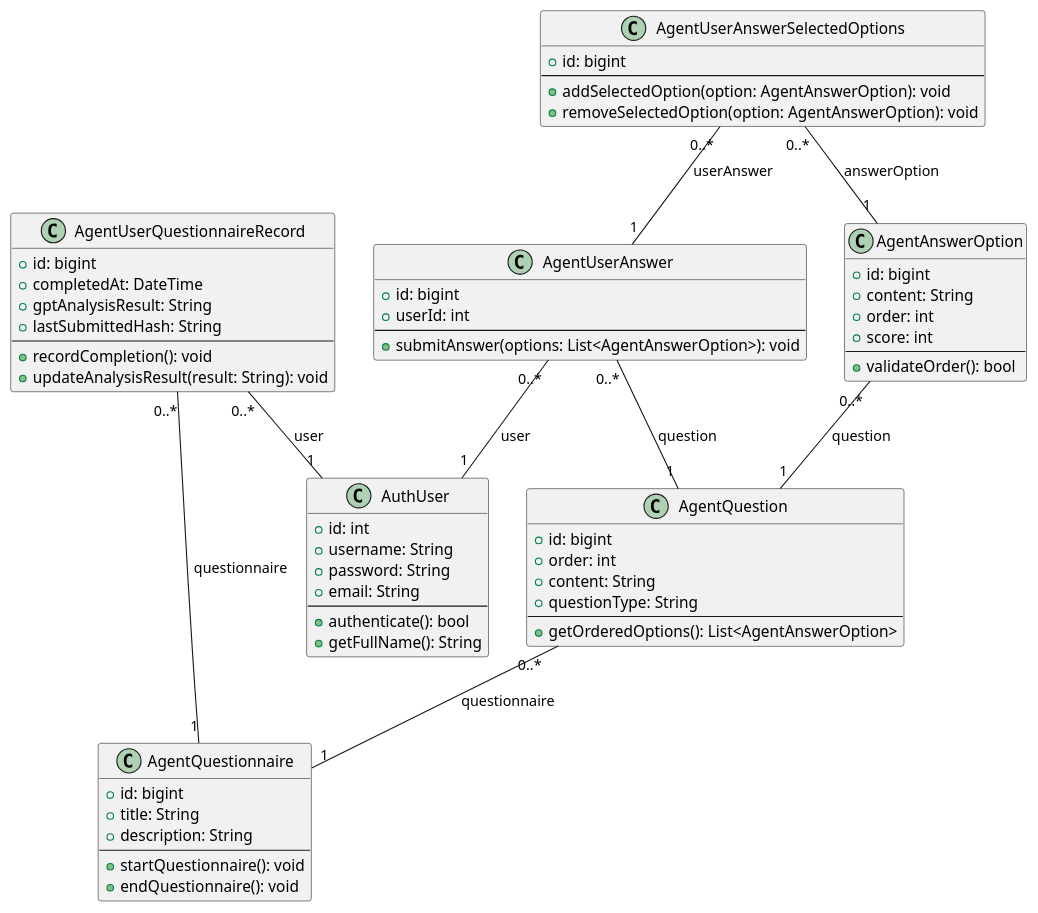
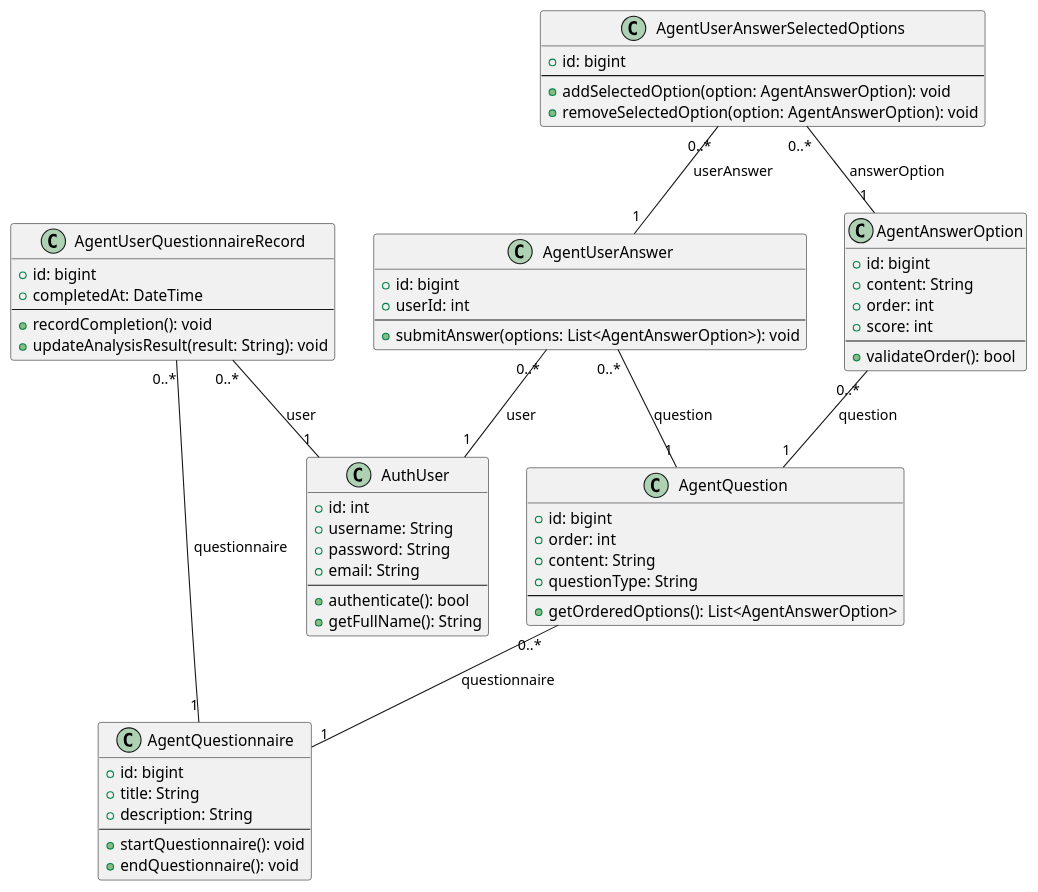
One commit to ntubimd-114405/cryptocurrency changed the diagram in uml/資料庫相關/分析類別圖3.puml. Above: the diagram before and after it, drawn with PlantUML. The commit also changed 7 other files, not shown here.

```diff
--- a/uml/資料庫相關/分析類別圖3.puml
+++ b/uml/資料庫相關/分析類別圖3.puml
@@ -1,74 +1,81 @@
 @startuml
+
 
 class AgentAnswerOption {
   +id: bigint
   +content: String
   +order: int
   +score: int
   --
   +validateOrder(): bool
 }
 
+
 class AgentQuestion {
   +id: bigint
   +order: int
   +content: String
   +questionType: String
   --
   +getOrderedOptions(): List<AgentAnswerOption>
 }
+
 
 class AgentQuestionnaire {
   +id: bigint
   +title: String
   +description: String
   --
   +startQuestionnaire(): void
   +endQuestionnaire(): void
 }
 
+
 class AgentUserAnswer {
   +id: bigint
   +userId: int
   --
   +submitAnswer(options: List<AgentAnswerOption>): void
 }
+
 
 class AgentUserAnswerSelectedOptions {
   +id: bigint
   --
   +addSelectedOption(option: AgentAnswerOption): void
   +removeSelectedOption(option: AgentAnswerOption): void
 }
 
+
 class AgentUserQuestionnaireRecord {
   +id: bigint
   +completedAt: DateTime
-  +gptAnalysisResult: String
-  +lastSubmittedHash: String
   --
   +recordCompletion(): void
   +updateAnalysisResult(result: String): void
 }
+
 
 class AuthUser {
   +id: int
   +username: String
   +password: String
   +email: String
   --
   +authenticate(): bool
   +getFullName(): String
 }
 
+
 ' Relations
 AgentAnswerOption "0..*" -- "1" AgentQuestion : question
 AgentQuestion "0..*" -- "1" AgentQuestionnaire : questionnaire
 AgentUserAnswer "0..*" -- "1" AgentQuestion : question
 AgentUserAnswer "0..*" -- "1" AuthUser : user
 AgentUserAnswerSelectedOptions "0..*" -- "1" AgentUserAnswer : userAnswer
 AgentUserAnswerSelectedOptions "0..*" -- "1" AgentAnswerOption : answerOption
 AgentUserQuestionnaireRecord "0..*" -- "1" AgentQuestionnaire : questionnaire
 AgentUserQuestionnaireRecord "0..*" -- "1" AuthUser : user
 
+
 @enduml
```
